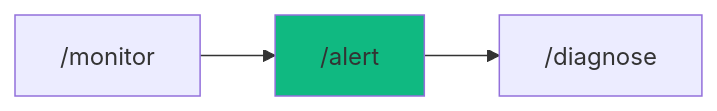
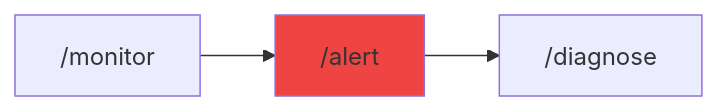
One commit to pikakit/agent-skills changed the diagram in .agent/workflows/alert.md. Above: the diagram before and after it, drawn with Mermaid. The commit also changed other lines of this file and 272 other files, not shown here.

````diff
--- a/.agent/workflows/alert.md
+++ b/.agent/workflows/alert.md
@@ -351,6 +377,6 @@
 ```mermaid
 graph LR
     A["/monitor"] --> B["/alert"]
     B --> C["/diagnose"]
-    style B fill:#10b981
+    style B fill:#ef4444
 ```
````
